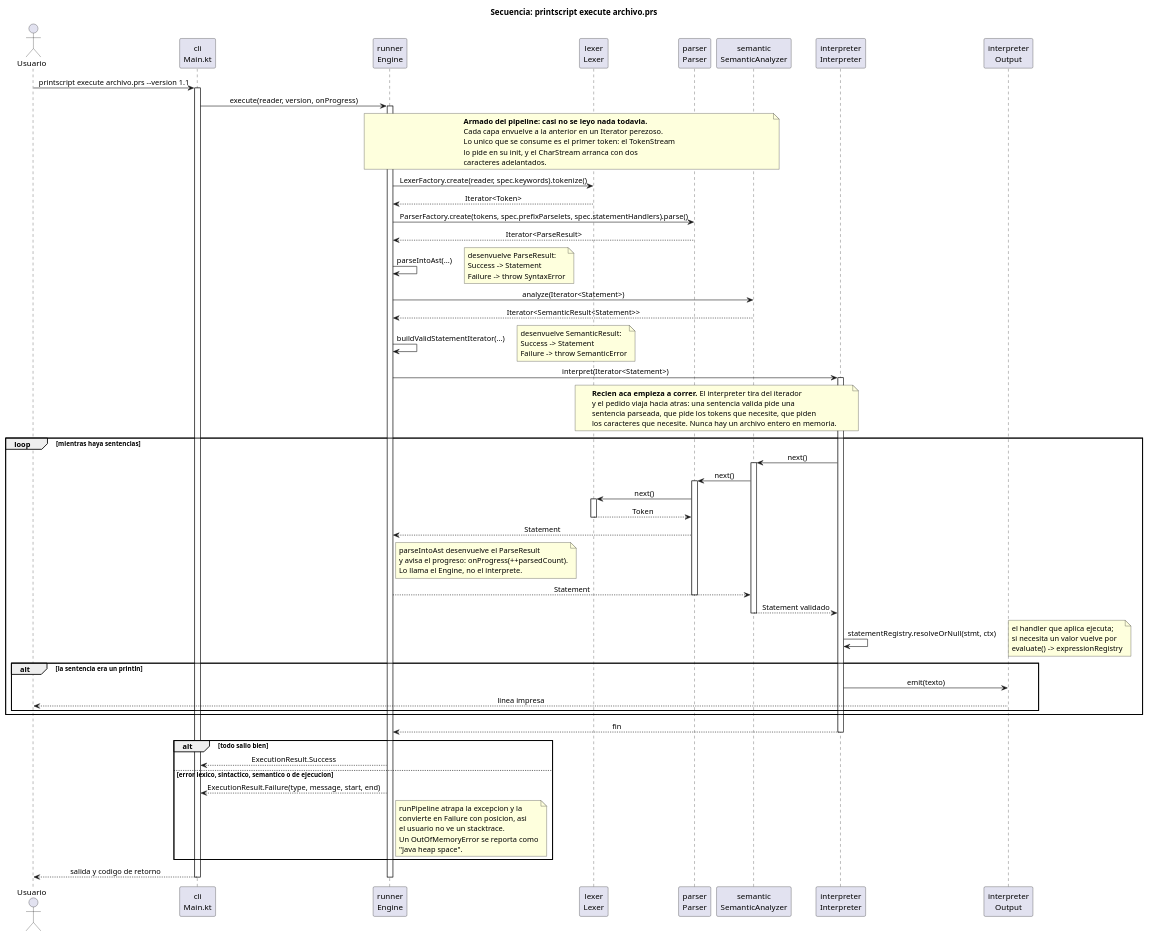
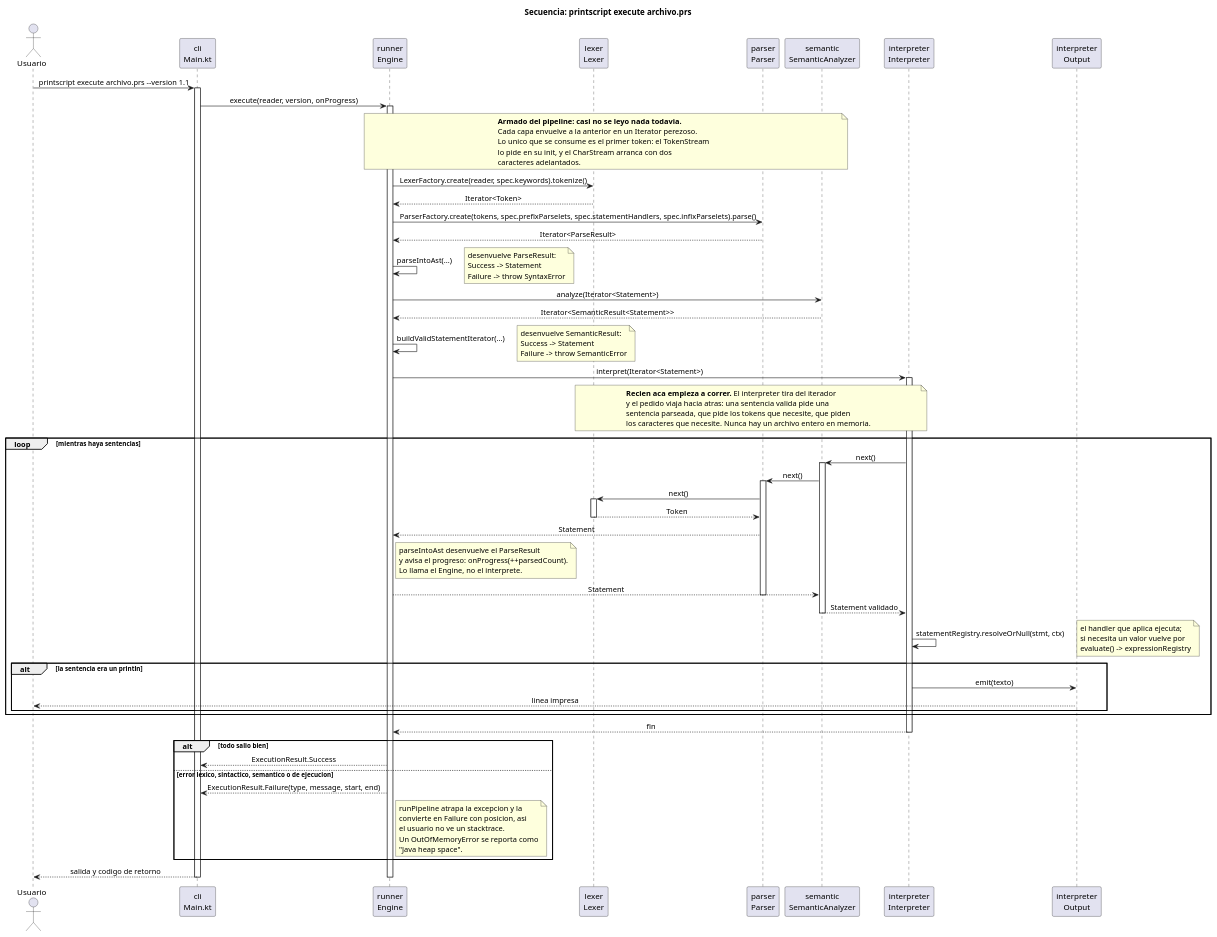
Before and after one commit to Ingsis-printscript-grupo3/printscript: the diagram in docs/secuencia-ejecucion.puml, drawn with PlantUML.

Commit message:
docs: alineo llamada a parserfactory en diagrama de secuencia

```diff
--- a/docs/secuencia-ejecucion.puml
+++ b/docs/secuencia-ejecucion.puml
@@ -1,104 +1,104 @@
 @startuml PrintScript_Secuencia_Ejecucion
 
 title Secuencia: printscript execute archivo.prs
 
 skinparam sequenceMessageAlign center
 
 actor Usuario
 participant "cli\nMain.kt" as CLI
 participant "runner\nEngine" as ENGINE
 participant "lexer\nLexer" as LEXER
 participant "parser\nParser" as PARSER
 participant "semantic\nSemanticAnalyzer" as SEMANTIC
 participant "interpreter\nInterpreter" as INTERPRETER
 participant "interpreter\nOutput" as OUTPUT
 
 Usuario -> CLI : printscript execute archivo.prs --version 1.1
 activate CLI
 
 CLI -> ENGINE : execute(reader, version, onProgress)
 activate ENGINE
 
 note over ENGINE, SEMANTIC
   <b>Armado del pipeline: casi no se leyo nada todavia.</b>
   Cada capa envuelve a la anterior en un Iterator perezoso.
   Lo unico que se consume es el primer token: el TokenStream
   lo pide en su init, y el CharStream arranca con dos
   caracteres adelantados.
 end note
 
 ENGINE -> LEXER : LexerFactory.create(reader, spec.keywords).tokenize()
 LEXER --> ENGINE : Iterator<Token>
 
-ENGINE -> PARSER : ParserFactory.create(tokens, spec.prefixParselets, spec.statementHandlers).parse()
+ENGINE -> PARSER : ParserFactory.create(tokens, spec.prefixParselets, spec.statementHandlers, spec.infixParselets).parse()
 PARSER --> ENGINE : Iterator<ParseResult>
 
 ENGINE -> ENGINE : parseIntoAst(...)
 note right: desenvuelve ParseResult:\nSuccess -> Statement\nFailure -> throw SyntaxError
 
 ENGINE -> SEMANTIC : analyze(Iterator<Statement>)
 SEMANTIC --> ENGINE : Iterator<SemanticResult<Statement>>
 
 ENGINE -> ENGINE : buildValidStatementIterator(...)
 note right: desenvuelve SemanticResult:\nSuccess -> Statement\nFailure -> throw SemanticError
 
 ENGINE -> INTERPRETER : interpret(Iterator<Statement>)
 activate INTERPRETER
 
 note over LEXER, INTERPRETER
   <b>Recien aca empieza a correr.</b> El interpreter tira del iterador
   y el pedido viaja hacia atras: una sentencia valida pide una
   sentencia parseada, que pide los tokens que necesite, que piden
   los caracteres que necesite. Nunca hay un archivo entero en memoria.
 end note
 
 loop mientras haya sentencias
   INTERPRETER -> SEMANTIC : next()
   activate SEMANTIC
   SEMANTIC -> PARSER : next()
   activate PARSER
   PARSER -> LEXER : next()
   activate LEXER
   LEXER --> PARSER : Token
   deactivate LEXER
   PARSER --> ENGINE : Statement
   note right of ENGINE
     parseIntoAst desenvuelve el ParseResult
     y avisa el progreso: onProgress(++parsedCount).
     Lo llama el Engine, no el interprete.
   end note
   ENGINE --> SEMANTIC : Statement
   deactivate PARSER
   SEMANTIC --> INTERPRETER : Statement validado
   deactivate SEMANTIC
 
   INTERPRETER -> INTERPRETER : statementRegistry.resolveOrNull(stmt, ctx)
   note right: el handler que aplica ejecuta;\nsi necesita un valor vuelve por\nevaluate() -> expressionRegistry
 
   alt la sentencia era un println
     INTERPRETER -> OUTPUT : emit(texto)
     OUTPUT --> Usuario : linea impresa
   end
 end
 
 INTERPRETER --> ENGINE : fin
 deactivate INTERPRETER
 
 alt todo salio bien
   ENGINE --> CLI : ExecutionResult.Success
 else error lexico, sintactico, semantico o de ejecucion
   ENGINE --> CLI : ExecutionResult.Failure(type, message, start, end)
   note right of ENGINE
     runPipeline atrapa la excepcion y la
     convierte en Failure con posicion, asi
     el usuario no ve un stacktrace.
     Un OutOfMemoryError se reporta como
     "Java heap space".
   end note
 end
 
 CLI --> Usuario : salida y codigo de retorno
 deactivate ENGINE
 deactivate CLI
 
 @enduml
```
